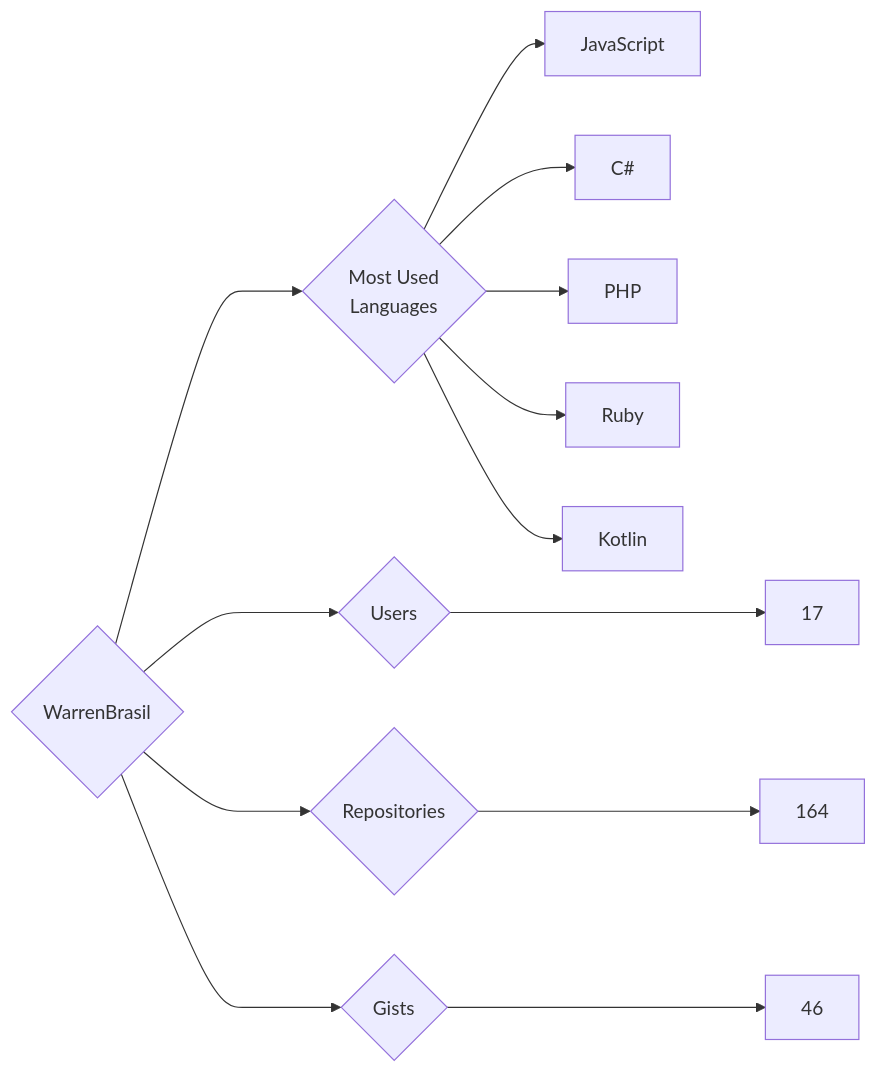
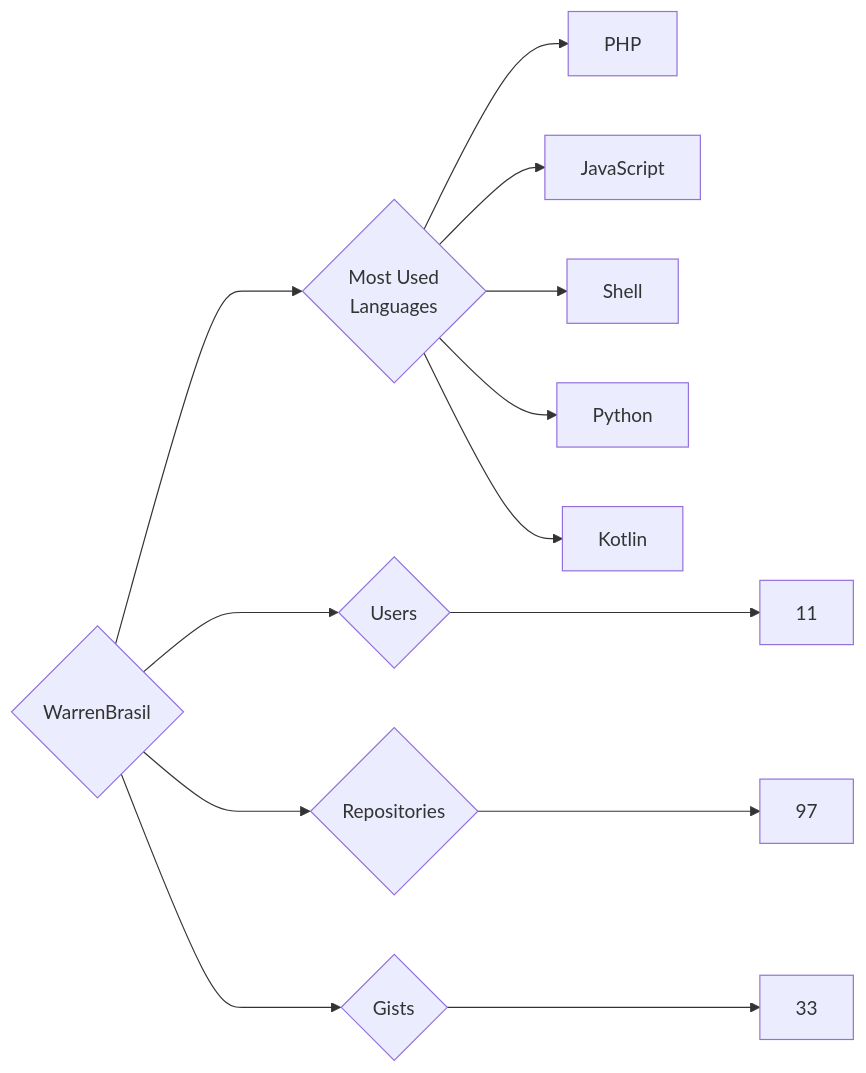
The diagram in targets/WarrenBrasil/README.md (trickest/insiders), drawn with Mermaid before and after one commit. The commit also changed 1496 other files, not shown here.

````diff
--- a/targets/WarrenBrasil/README.md
+++ b/targets/WarrenBrasil/README.md
@@ -3,13 +3,13 @@
 ```mermaid
 graph LR
 COMPANY_NAME{WarrenBrasil}
-COMPANY_NAME ---> U{Users} ---> UN[17]
-COMPANY_NAME ---> R{Repositories} ---> RN[164]
-COMPANY_NAME ---> G{Gists} ---> GN[46]
+COMPANY_NAME ---> U{Users} ---> UN[11]
+COMPANY_NAME ---> R{Repositories} ---> RN[97]
+COMPANY_NAME ---> G{Gists} ---> GN[33]
 COMPANY_NAME ---> ML{Most Used<br>Languages}
+ML --> PHP[PHP]
 ML --> JavaScript[JavaScript]
-ML --> C#[C#]
-ML --> PHP[PHP]
-ML --> Ruby[Ruby]
+ML --> Shell[Shell]
+ML --> Python[Python]
 ML --> Kotlin[Kotlin]
 ```
````
